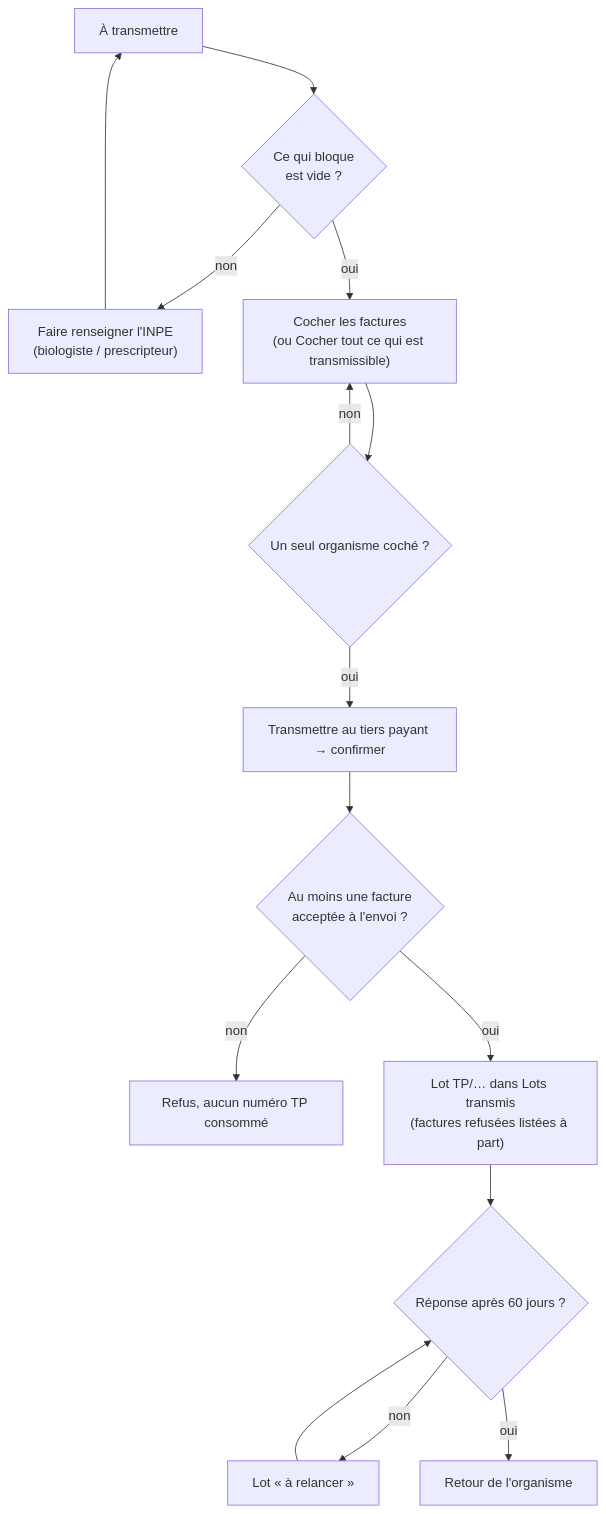
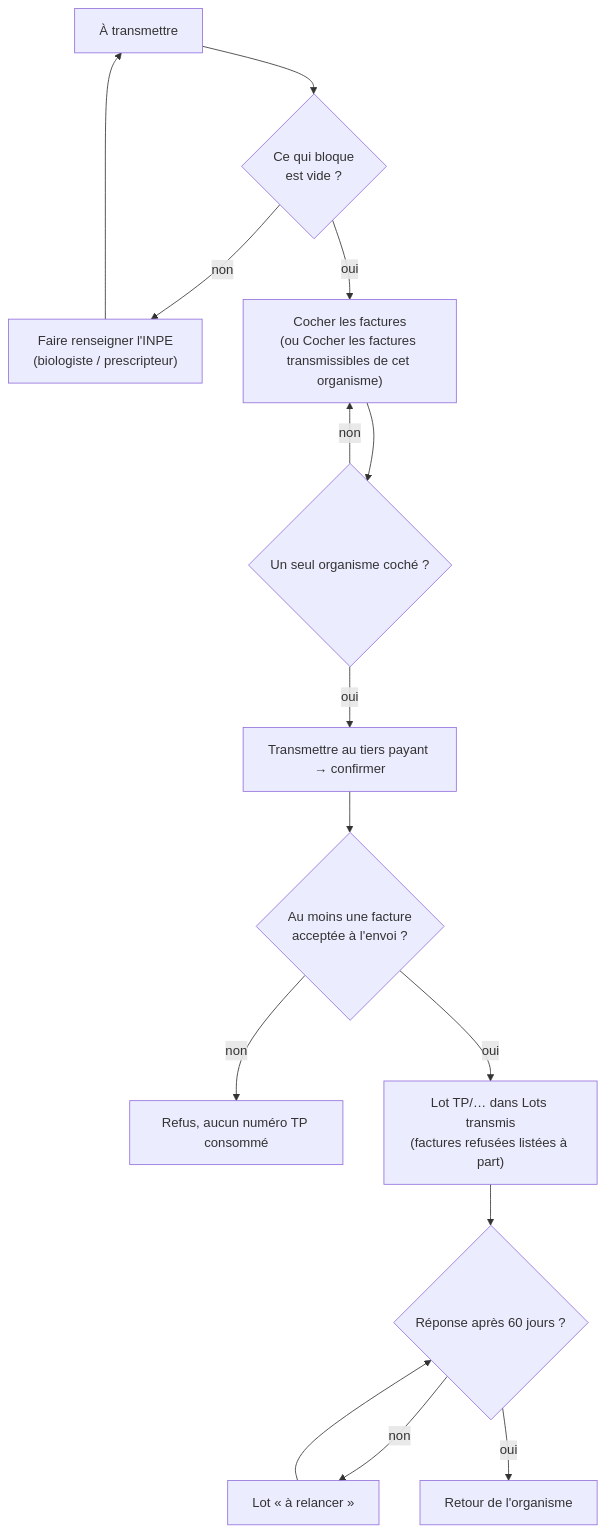
One commit to J4dJad/MarocLis changed the seventh of 9 diagrams in docs/manuel/04-facturation.md. Above: the diagram before and after it, drawn with Mermaid. The commit also changed other lines of this file and 5 other files, not shown here.

````diff
--- a/docs/manuel/04-facturation.md
+++ b/docs/manuel/04-facturation.md
@@ -516,15 +604,15 @@
 ```mermaid
 flowchart TD
     A["À transmettre"] --> B{"Ce qui bloque<br/>est vide ?"}
     B -->|non| C["Faire renseigner l'INPE<br/>(biologiste / prescripteur)"] --> A
-    B -->|oui| D["Cocher les factures<br/>(ou Cocher tout ce qui est transmissible)"]
+    B -->|oui| D["Cocher les factures<br/>(ou Cocher les factures transmissibles de cet organisme)"]
     D --> E{"Un seul organisme coché ?"}
     E -->|non| D
     E -->|oui| F["Transmettre au tiers payant → confirmer"]
     F --> G{"Au moins une facture<br/>acceptée à l'envoi ?"}
     G -->|non| X["Refus, aucun numéro TP consommé"]
     G -->|oui| H["Lot TP/… dans Lots transmis<br/>(factures refusées listées à part)"]
     H --> I{"Réponse après 60 jours ?"}
     I -->|non| J["Lot « à relancer »"] --> I
     I -->|oui| K["Retour de l'organisme"]
 ```
````
